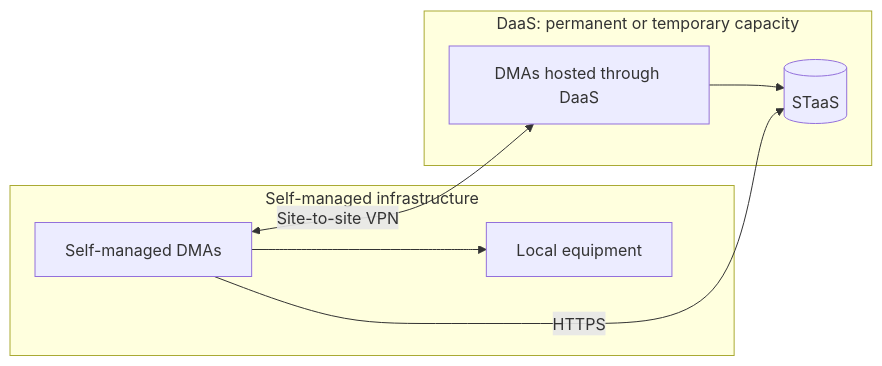
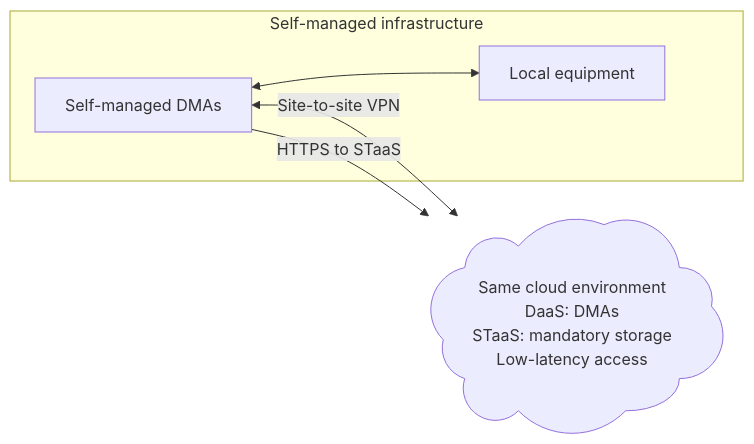
Before and after one commit to SkylineCommunications/dataminer-docs: the diagram in dataminer/About_DataMiner/System_architectures/Operations/Architecture_hybrid_cluster.md, drawn with Mermaid. The commit also changed other lines of this file and 9 other files, not shown here.

Commit message:
Clarify cloud-hosted DaaS and connectivity diagrams

````diff
--- a/dataminer/About_DataMiner/System_architectures/Operations/Architecture_hybrid_cluster.md
+++ b/dataminer/About_DataMiner/System_architectures/Operations/Architecture_hybrid_cluster.md
@@ -33,11 +33,9 @@
 ```mermaid
 flowchart LR
-    subgraph Cloud["DaaS: permanent or temporary capacity"]
-        D[DMAs hosted through DaaS] --> S[(STaaS)]
+    Cloud@{ shape: cloud, label: "Same cloud environment<br/>DaaS: DMAs<br/>STaaS: mandatory storage<br/>Low-latency access" }
+    subgraph Site["Self-managed infrastructure"]
+        A[Self-managed DMAs] <--> E[Local equipment]
     end
-    subgraph Site["Self-managed infrastructure"]
-        A[Self-managed DMAs] --> E[Local equipment]
-    end
-    A <-- Site-to-site VPN --> D
-    A -- HTTPS --> S
+    A <-- Site-to-site VPN --> Cloud
+    A -- HTTPS to STaaS --> Cloud
 ```
````
